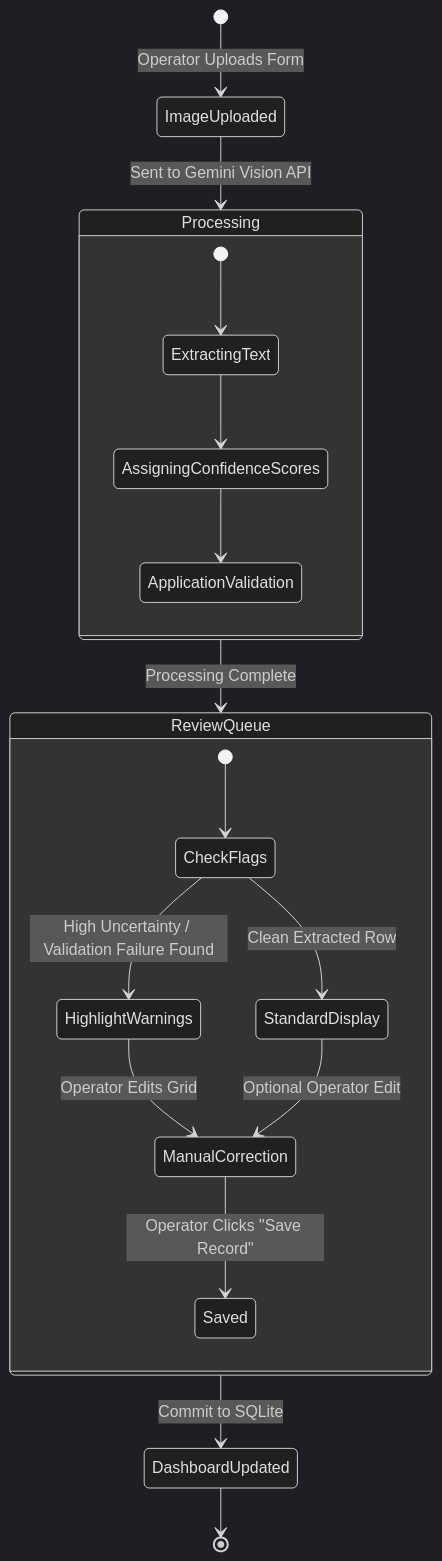
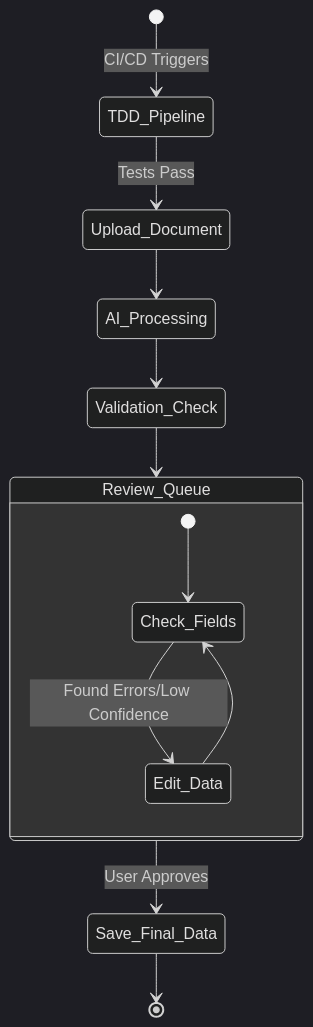
One commit to nanthitha25/biztelai changed the eighth of 8 diagrams in README.md. Above: the diagram before and after it, drawn with Mermaid (dark theme). The commit also changed other lines of this file and 40 other files, not shown here.

Commit message:
Final Submission: Complete Next.js Application Sync

````diff
--- a/README.md
+++ b/README.md
@@ -197,25 +225,18 @@
 ```mermaid
 stateDiagram-v2
-    [*] --> ImageUploaded : Operator Uploads Form
-    ImageUploaded --> Processing : Sent to Gemini Vision API
+    [*] --> TDD_Pipeline : CI/CD Triggers
+    TDD_Pipeline --> Upload_Document : Tests Pass
     
-    state Processing {
-        [*] --> ExtractingText
-        ExtractingText --> AssigningConfidenceScores
-        AssigningConfidenceScores --> ApplicationValidation
+    Upload_Document --> AI_Processing
+    AI_Processing --> Validation_Check
+    Validation_Check --> Review_Queue
+    
+    state Review_Queue {
+        [*] --> Check_Fields
+        Check_Fields --> Edit_Data : Found Errors/Low Confidence
+        Edit_Data --> Check_Fields
     }
     
-    Processing --> ReviewQueue : Processing Complete
-    
-    state ReviewQueue {
-        [*] --> CheckFlags
-        CheckFlags --> HighlightWarnings : High Uncertainty / Validation Failure Found
-        CheckFlags --> StandardDisplay : Clean Extracted Row
-        HighlightWarnings --> ManualCorrection : Operator Edits Grid
-        StandardDisplay --> ManualCorrection : Optional Operator Edit
-        ManualCorrection --> Saved : Operator Clicks "Save Record"
-    }
-    
-    ReviewQueue --> DashboardUpdated : Commit to SQLite
-    DashboardUpdated --> [*]
+    Review_Queue --> Save_Final_Data : User Approves
+    Save_Final_Data --> [*]
 ```
````
